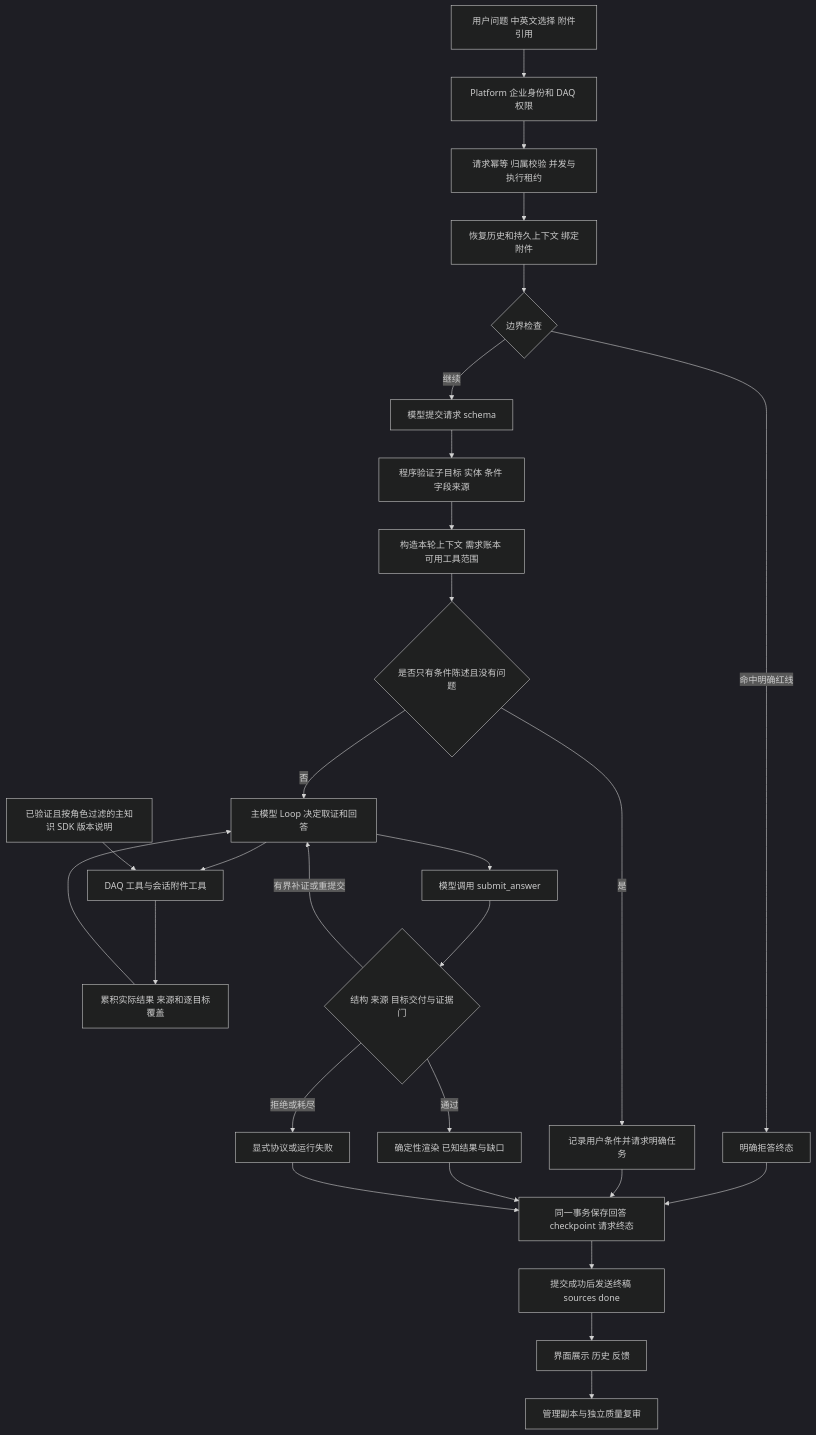
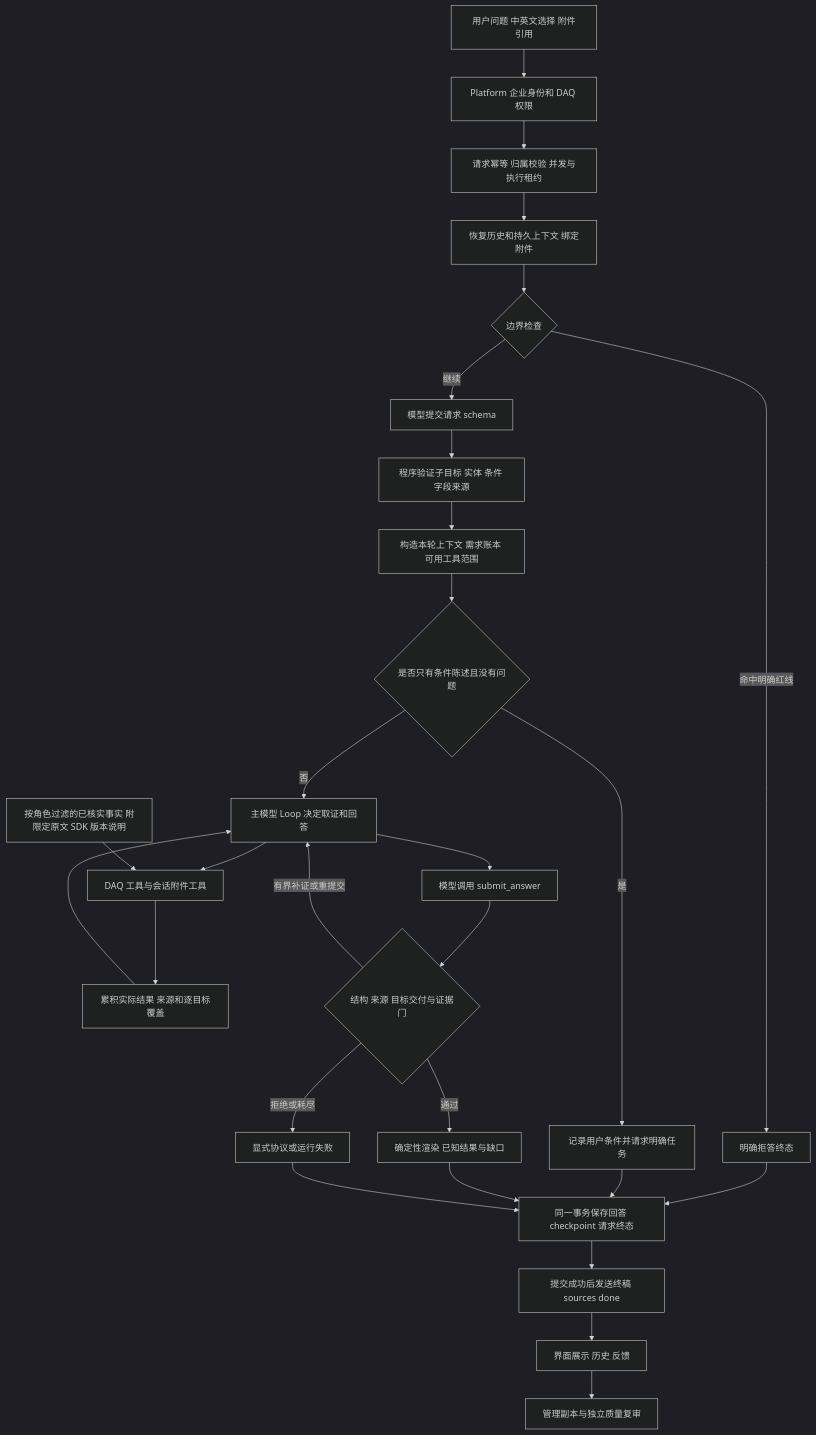
One commit to ink-hz/AI-DAQ-FAE-Agent changed the first of 3 diagrams in AI_DAQ_FAE_Agent_工作流设计.md. Above: the diagram before and after it, drawn with Mermaid (dark theme). The commit also changed other lines of this file and 3 other files, not shown here.

````diff
--- a/AI_DAQ_FAE_Agent_工作流设计.md
+++ b/AI_DAQ_FAE_Agent_工作流设计.md
@@ -49,30 +49,30 @@
 ```mermaid
 flowchart TD
   U[用户问题 中英文选择 附件引用] --> I[Platform 企业身份和 DAQ 权限]
   I --> R[请求幂等 归属校验 并发与执行租约]
   R --> C[恢复历史和持久上下文 绑定附件]
   C --> G{边界检查}
   G -->|命中明确红线| B[明确拒答终态]
   G -->|继续| S[模型提交请求 schema]
   S --> V[程序验证子目标 实体 条件 字段来源]
   V --> P[构造本轮上下文 需求账本 可用工具范围]
   P --> Q{是否只有条件陈述且没有问题}
   Q -->|是| X[记录用户条件并请求明确任务]
   Q -->|否| L[主模型 Loop 决定取证和回答]
   L --> T[DAQ 工具与会话附件工具]
-  K[已验证且按角色过滤的主知识 SDK 版本说明] --> T
+  K[按角色过滤的已核实事实 附限定原文 SDK 版本说明] --> T
   T --> E[累积实际结果 来源和逐目标覆盖]
   E --> L
   L --> A[模型调用 submit_answer]
   A --> H{结构 来源 目标交付与证据门}
   H -->|有界补证或重提交| L
   H -->|拒绝或耗尽| F[显式协议或运行失败]
   H -->|通过| D[确定性渲染 已知结果与缺口]
   B --> W[同一事务保存回答 checkpoint 请求终态]
   X --> W
   D --> W
   F --> W
   W --> O[提交成功后发送终稿 sources done]
   O --> UI[界面展示 历史 反馈]
   UI --> M[管理副本与独立质量复审]
 ```
````
